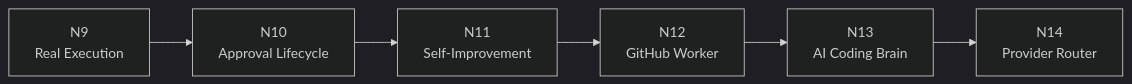
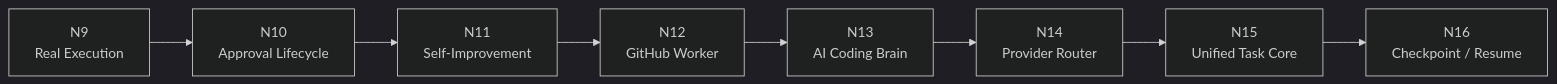
Before and after one commit to Pappu246/autonomous-ai-scout: the second of 6 diagrams in README.md, drawn with Mermaid (dark theme). The commit also changed other lines of this file and 7 other files, not shown here.

First line of the commit message:
feat(N16): durable checkpoint and resume

````diff
--- a/README.md
+++ b/README.md
@@ -111,11 +112,13 @@
 ```mermaid
 flowchart LR
     N9["N9<br/>Real Execution"]
     N10["N10<br/>Approval Lifecycle"]
     N11["N11<br/>Self-Improvement"]
     N12["N12<br/>GitHub Worker"]
     N13["N13<br/>AI Coding Brain"]
     N14["N14<br/>Provider Router"]
+    N15["N15<br/>Unified Task Core"]
+    N16["N16<br/>Checkpoint / Resume"]
 
-    N9 --> N10 --> N11 --> N12 --> N13 --> N14
+    N9 --> N10 --> N11 --> N12 --> N13 --> N14 --> N15 --> N16
 ```
````
